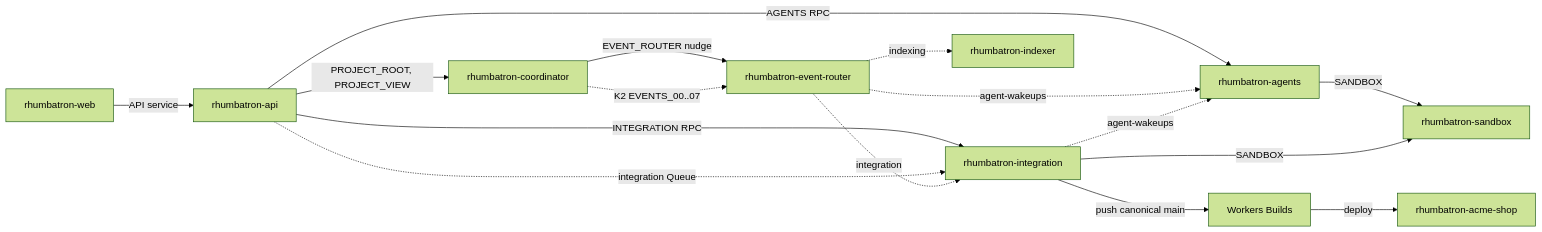
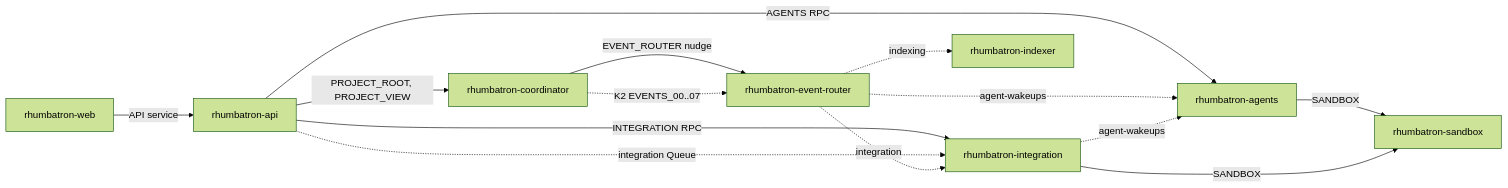
One commit to nsudhanva/rhumbatron changed the second of 4 diagrams in docs/architecture/README.md. Above: the diagram before and after it, drawn with Mermaid (forest theme). The commit also changed other lines of this file and 16 other files, not shown here.

````diff
--- a/docs/architecture/README.md
+++ b/docs/architecture/README.md
@@ -93,29 +93,25 @@
 ```mermaid
 flowchart LR
   WEB["rhumbatron-web"]
   API["rhumbatron-api"]
   COORD["rhumbatron-coordinator"]
   ER["rhumbatron-event-router"]
   INT["rhumbatron-integration"]
   AG["rhumbatron-agents"]
   IDX["rhumbatron-indexer"]
   SBX["rhumbatron-sandbox"]
-  SHOP["rhumbatron-acme-shop"]
-  BUILDS["Workers Builds"]
 
   WEB -->|"API service"| API
   API -->|"PROJECT_ROOT, PROJECT_VIEW"| COORD
   API -->|"INTEGRATION RPC"| INT
   API -->|"AGENTS RPC"| AG
   API -.->|"integration Queue"| INT
   COORD -->|"EVENT_ROUTER nudge"| ER
   COORD -.->|"K2 EVENTS_00..07"| ER
   ER -.->|"agent-wakeups"| AG
   ER -.->|"integration"| INT
   ER -.->|"indexing"| IDX
   INT -.->|"agent-wakeups"| AG
   AG -->|"SANDBOX"| SBX
   INT -->|"SANDBOX"| SBX
-  INT -->|"push canonical main"| BUILDS
-  BUILDS -->|"deploy"| SHOP
 ```
````
